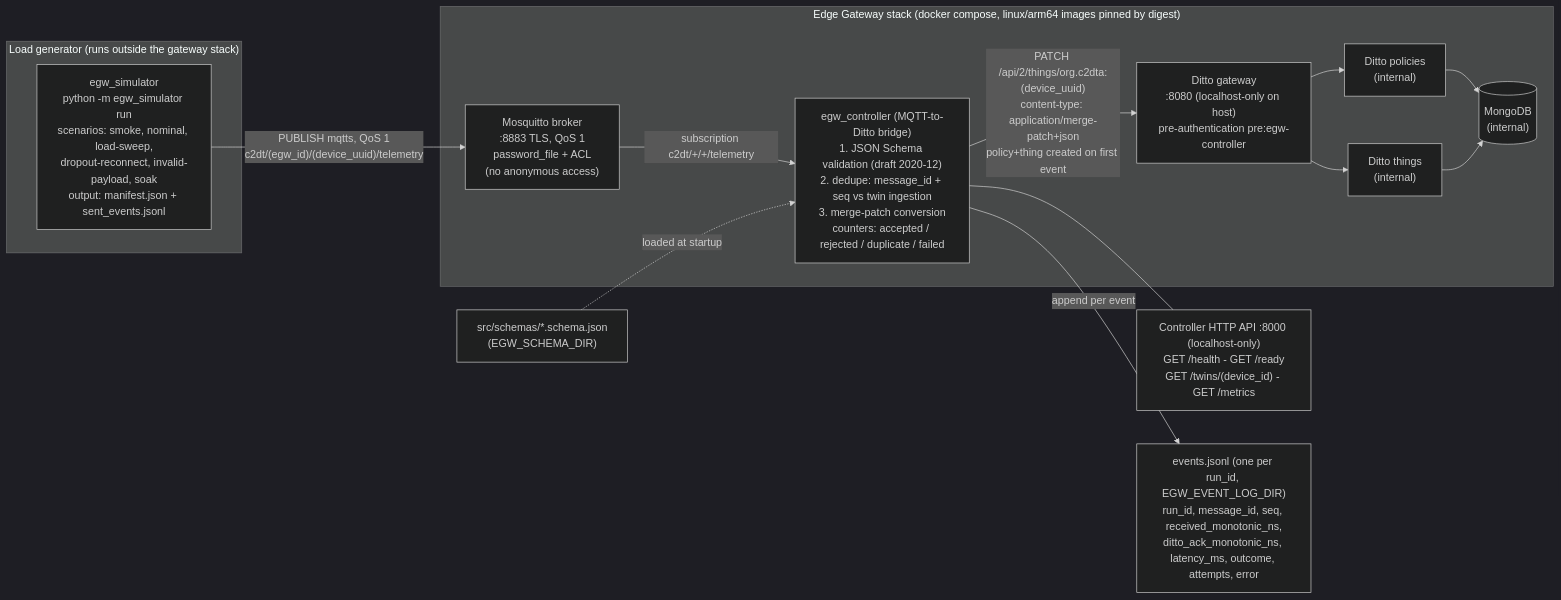
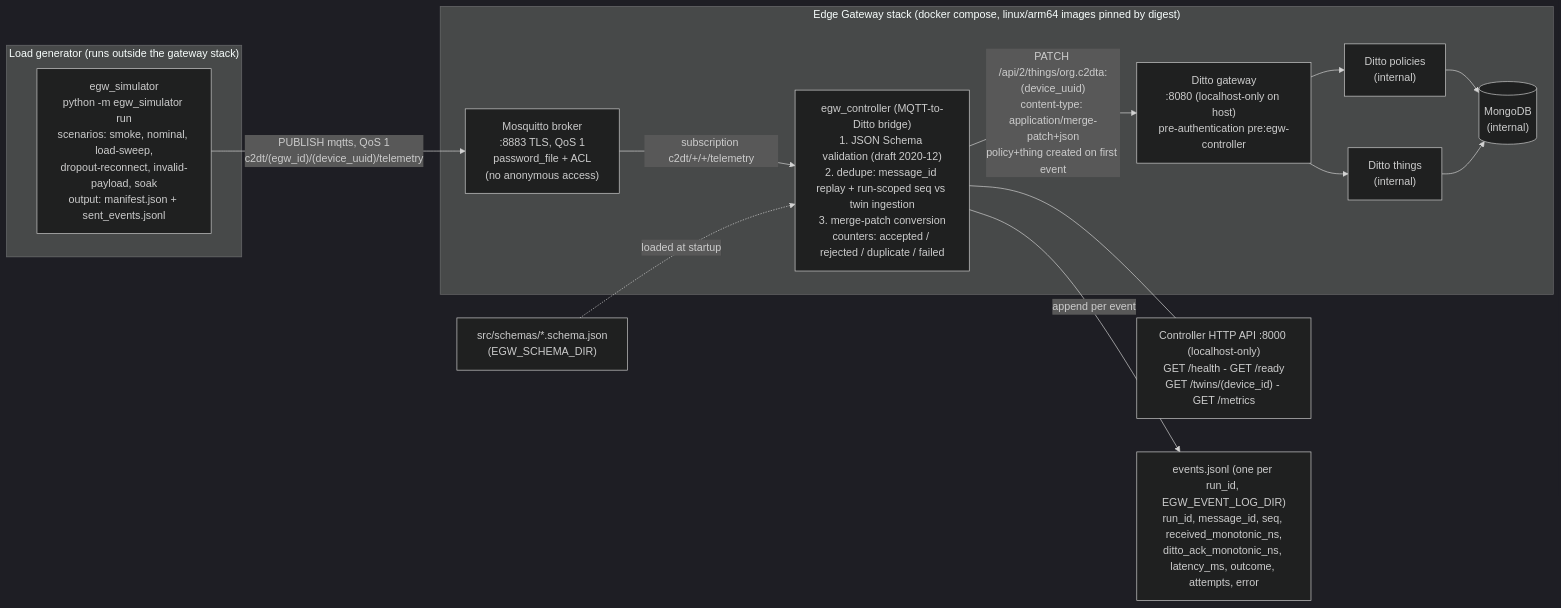
One commit to Ruisth/Tese_Mestrado changed the first of 3 diagrams in diagrams/architecture.md. Above: the diagram before and after it, drawn with Mermaid (dark theme). The commit also changed other lines of this file and 15 other files, not shown here.

````diff
--- a/diagrams/architecture.md
+++ b/diagrams/architecture.md
@@ -13,30 +13,30 @@
 ```mermaid
 flowchart LR
     subgraph LOADGEN["Load generator (runs outside the gateway stack)"]
         SIM["egw_simulator<br/>python -m egw_simulator run<br/>scenarios: smoke, nominal, load-sweep,<br/>dropout-reconnect, invalid-payload, soak<br/>output: manifest.json + sent_events.jsonl"]
     end
 
     subgraph STACK["Edge Gateway stack (docker compose, linux/arm64 images pinned by digest)"]
         MOSQ["Mosquitto broker<br/>:8883 TLS, QoS 1<br/>password_file + ACL<br/>(no anonymous access)"]
-        CTRL["egw_controller (MQTT-to-Ditto bridge)<br/>1. JSON Schema validation (draft 2020-12)<br/>2. dedupe: message_id + seq vs twin ingestion<br/>3. merge-patch conversion<br/>counters: accepted / rejected / duplicate / failed"]
+        CTRL["egw_controller (MQTT-to-Ditto bridge)<br/>1. JSON Schema validation (draft 2020-12)<br/>2. dedupe: message_id replay + run-scoped seq vs twin ingestion<br/>3. merge-patch conversion<br/>counters: accepted / rejected / duplicate / failed"]
         DGW["Ditto gateway<br/>:8080 (localhost-only on host)<br/>pre-authentication pre:egw-controller"]
         DPOL["Ditto policies<br/>(internal)"]
         DTHG["Ditto things<br/>(internal)"]
         MONGO[("MongoDB<br/>(internal)")]
     end
 
     SCHEMAS["src/schemas/*.schema.json<br/>(EGW_SCHEMA_DIR)"]
     API["Controller HTTP API :8000 (localhost-only)<br/>GET /health - GET /ready<br/>GET /twins/(device_id) - GET /metrics"]
     EVT["events.jsonl (one per run_id, EGW_EVENT_LOG_DIR)<br/>run_id, message_id, seq, received_monotonic_ns,<br/>ditto_ack_monotonic_ns, latency_ms, outcome, attempts, error"]
 
     SIM -- "PUBLISH mqtts, QoS 1<br/>c2dt/(egw_id)/(device_uuid)/telemetry" --> MOSQ
     MOSQ -- "subscription c2dt/+/+/telemetry" --> CTRL
     CTRL -- "PATCH /api/2/things/org.c2dta:(device_uuid)<br/>content-type: application/merge-patch+json<br/>policy+thing created on first event" --> DGW
     DGW --> DPOL
     DGW --> DTHG
     DPOL --> MONGO
     DTHG --> MONGO
     SCHEMAS -. "loaded at startup" .-> CTRL
     CTRL -- "append per event" --> EVT
     CTRL --- API
 ```
````
